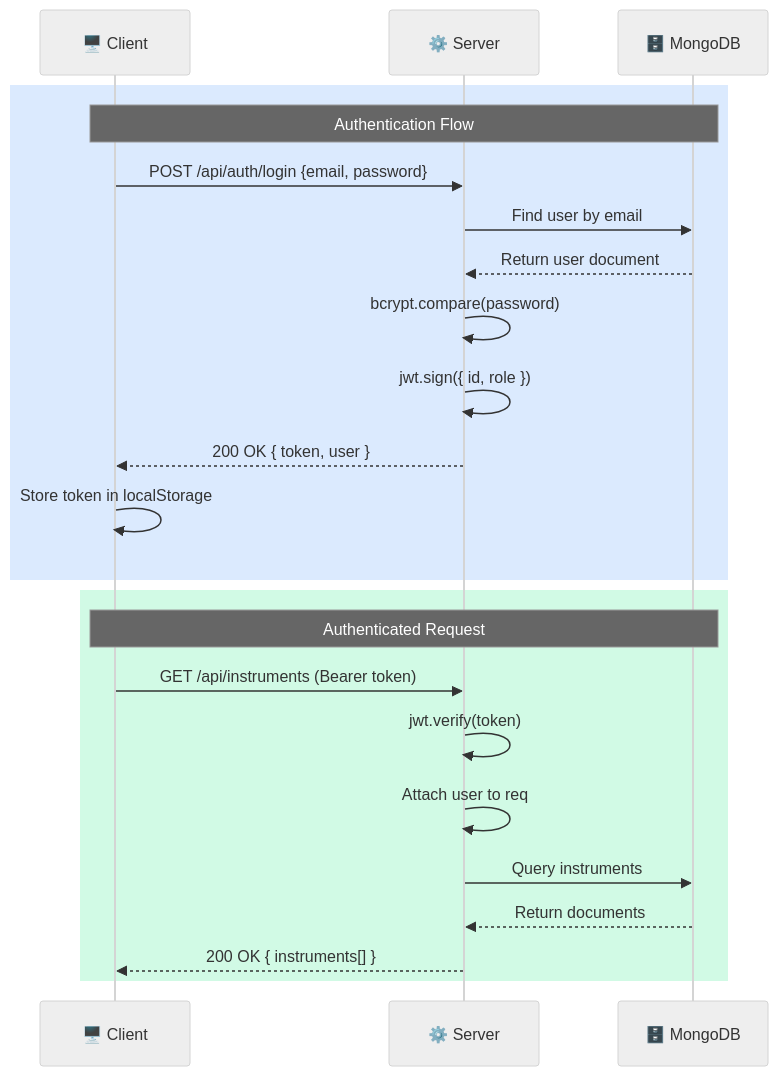
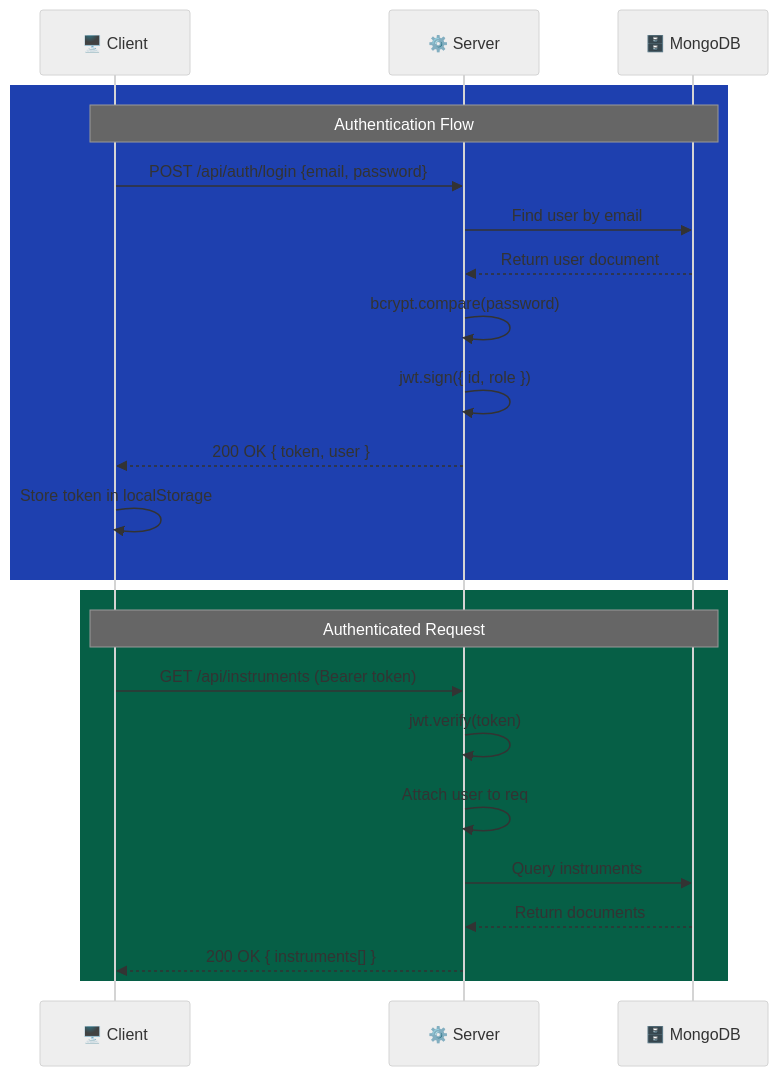
The fourth of 4 diagrams in README.md (Deepak1230987/Laboratory-Management-App), drawn with Mermaid (neutral theme) before and after one commit. The commit also changed other lines of this file, not shown here.

Commit message:
docs: update the color palette for mermaid diagrams in README.md.

````diff
--- a/README.md
+++ b/README.md
@@ -466,27 +466,27 @@
 ```mermaid
 sequenceDiagram
     participant C as 🖥️ Client
     participant S as ⚙️ Server
     participant DB as 🗄️ MongoDB
 
-    rect rgb(219, 234, 254)
+    rect rgb(30, 64, 175)
         Note over C,DB: Authentication Flow
         C->>S: POST /api/auth/login {email, password}
         S->>DB: Find user by email
         DB-->>S: Return user document
         S->>S: bcrypt.compare(password)
         S->>S: jwt.sign({ id, role })
         S-->>C: 200 OK { token, user }
         C->>C: Store token in localStorage
     end
 
-    rect rgb(209, 250, 229)
+    rect rgb(6, 95, 70)
         Note over C,DB: Authenticated Request
         C->>S: GET /api/instruments (Bearer token)
         S->>S: jwt.verify(token)
         S->>S: Attach user to req
         S->>DB: Query instruments
         DB-->>S: Return documents
         S-->>C: 200 OK { instruments[] }
     end
 ```
````
